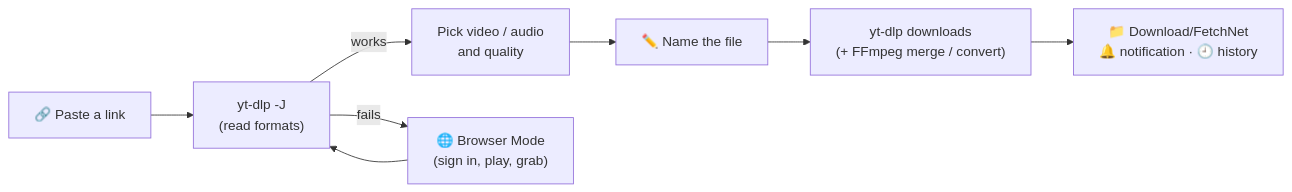
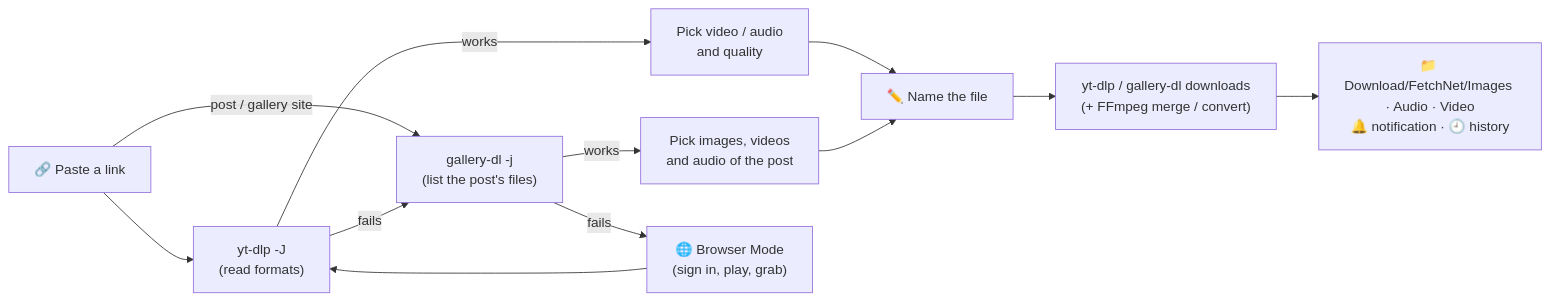
One commit to arijeetdas/FetchNet changed the first of 2 diagrams in README.md. Above: the diagram before and after it, drawn with Mermaid. The commit also changed other lines of this file and 46 other files, not shown here.

````diff
--- a/README.md
+++ b/README.md
@@ -83,10 +86,14 @@
 ```mermaid
 flowchart LR
     A["🔗 Paste a link"] --> B["yt-dlp -J<br/>(read formats)"]
+    A -->|post / gallery site| H["gallery-dl -j<br/>(list the post's files)"]
     B -->|works| C["Pick video / audio<br/>and quality"]
-    B -->|fails| D["🌐 Browser Mode<br/>(sign in, play, grab)"]
+    B -->|fails| H
+    H -->|works| I["Pick images, videos<br/>and audio of the post"]
+    H -->|fails| D["🌐 Browser Mode<br/>(sign in, play, grab)"]
     D --> B
     C --> E["✏️ Name the file"]
-    E --> F["yt-dlp downloads<br/>(+ FFmpeg merge / convert)"]
-    F --> G["📁 Download/FetchNet<br/>🔔 notification · 🕘 history"]
+    I --> E
+    E --> F["yt-dlp / gallery-dl downloads<br/>(+ FFmpeg merge / convert)"]
+    F --> G["📁 Download/FetchNet/Images · Audio · Video<br/>🔔 notification · 🕘 history"]
 ```
````
